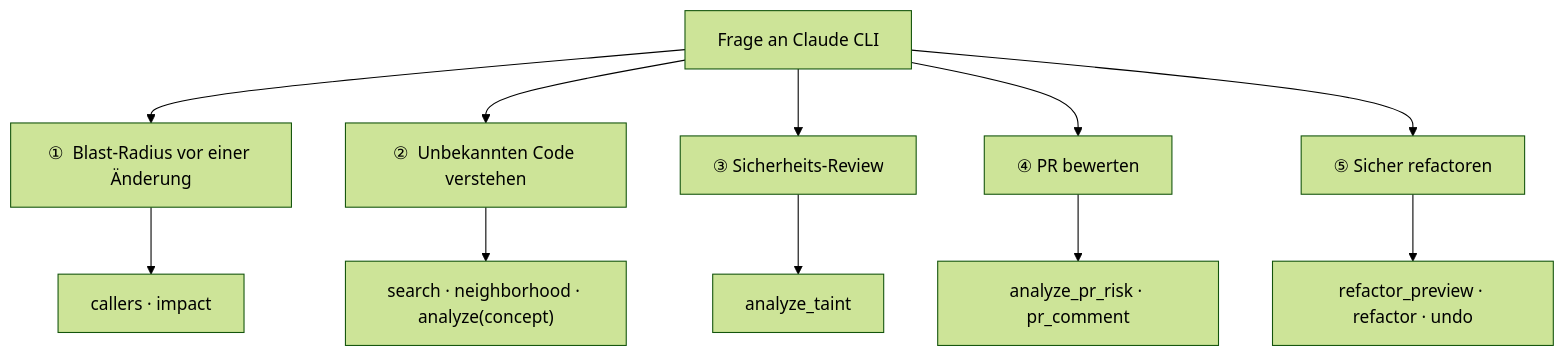
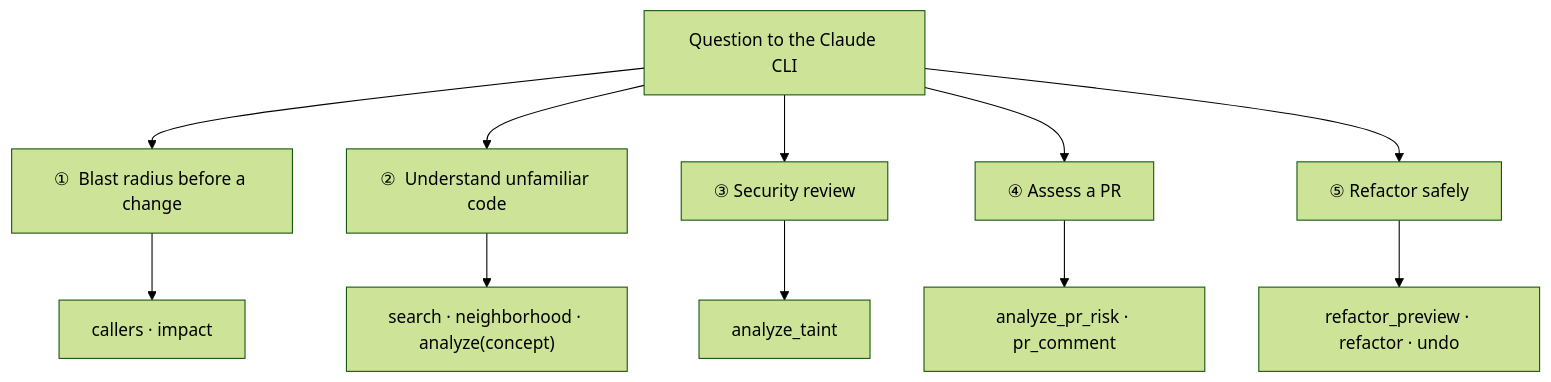
One commit to samibel/graphi changed the fourth of 4 diagrams in docs/tutorial/graphi-with-claude-cli.md. Above: the diagram before and after it, drawn with Mermaid (forest theme). The commit also changed other lines of this file, not shown here.

First line of the commit message:
docs(tutorial): translate graphi × Claude CLI tutorial to English

````diff
--- a/docs/tutorial/graphi-with-claude-cli.md
+++ b/docs/tutorial/graphi-with-claude-cli.md
@@ -134,9 +134,9 @@
 ```mermaid
 flowchart TD
-    Q["Frage an Claude CLI"] --> UC1 & UC2 & UC3 & UC4 & UC5
-    UC1["①  Blast-Radius vor einer Änderung"] --> T1["callers · impact"]
-    UC2["②  Unbekannten Code verstehen"] --> T2["search · neighborhood · analyze(concept)"]
-    UC3["③  Sicherheits-Review"] --> T3["analyze_taint"]
-    UC4["④  PR bewerten"] --> T4["analyze_pr_risk · pr_comment"]
-    UC5["⑤  Sicher refactoren"] --> T5["refactor_preview · refactor · undo"]
+    Q["Question to the Claude CLI"] --> UC1 & UC2 & UC3 & UC4 & UC5
+    UC1["①  Blast radius before a change"] --> T1["callers · impact"]
+    UC2["②  Understand unfamiliar code"] --> T2["search · neighborhood · analyze(concept)"]
+    UC3["③  Security review"] --> T3["analyze_taint"]
+    UC4["④  Assess a PR"] --> T4["analyze_pr_risk · pr_comment"]
+    UC5["⑤  Refactor safely"] --> T5["refactor_preview · refactor · undo"]
 ```
````
